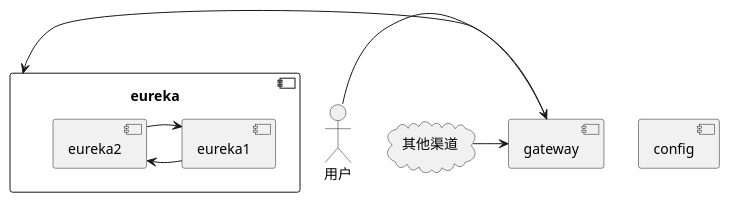
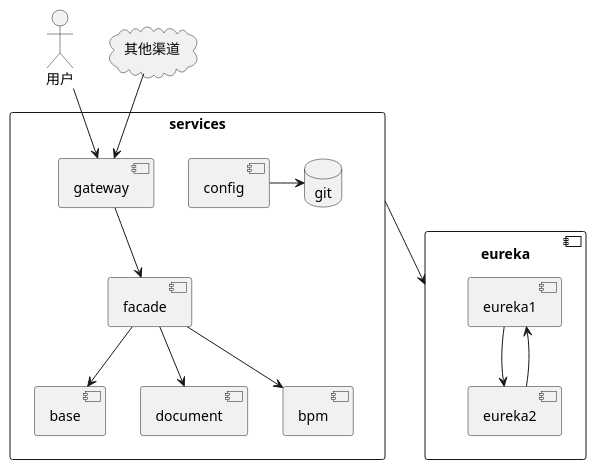
The diagram in yagami/README.md (zeoly/yagami), drawn with PlantUML before and after one commit.

Commit message:
structure diagram

````diff
--- a/yagami/README.md
+++ b/yagami/README.md
@@ -32,16 +32,33 @@
 ```plantuml
 actor 用户 as user
 cloud 其他渠道 as other
-component gateway
 component eureka{
     component eureka1
     component eureka2
-    eureka1 -> eureka2
-    eureka2 -> eureka1
+    eureka1 --> eureka2
+    eureka2 --> eureka1
 }
-component config
-user -> gateway
-other -> gateway
 
-gateway -> eureka
+rectangle services {
+    component gateway
+    component config
+    database git
+    user --> gateway
+    other --> gateway
+    config -> git
+
+    component base
+    component document
+    component bpm
+    component facade
+
+    gateway --> facade
+    facade --> base
+    facade --> document
+    facade --> bpm
+}
+
+services --> eureka
+
+
 ```
````
